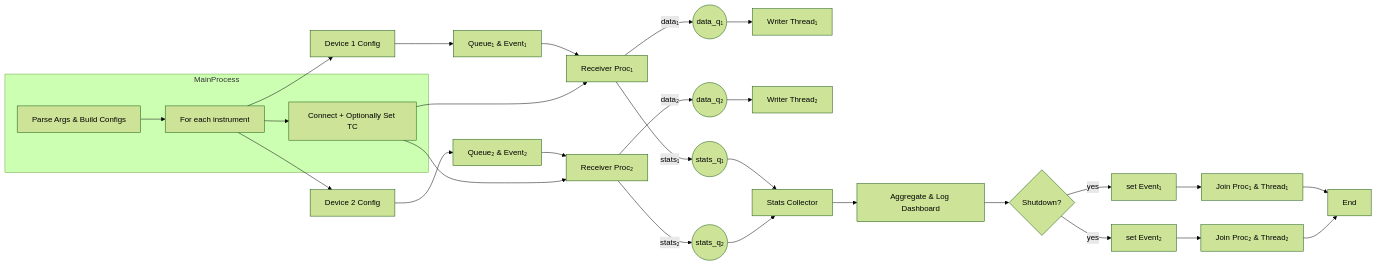
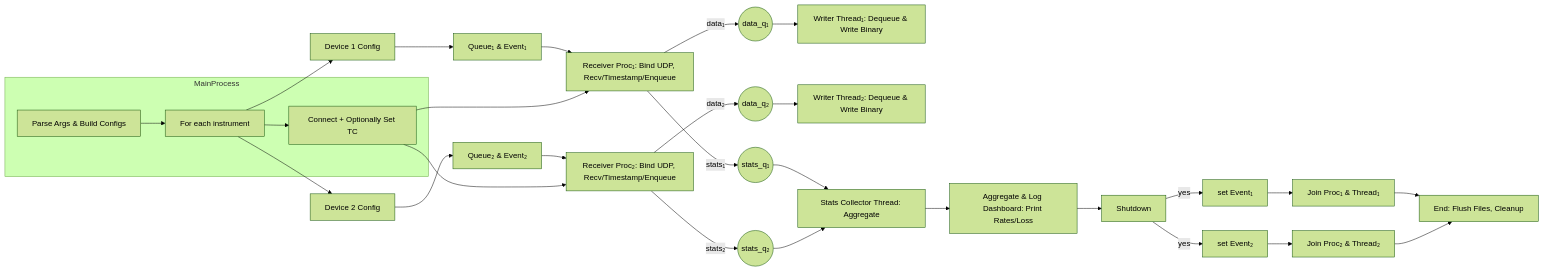
One commit to sudoNeo/lockinReader changed the third of 3 diagrams in README.md. Above: the diagram before and after it, drawn with Mermaid (forest theme).

````diff
--- a/README.md
+++ b/README.md
@@ -372,38 +372,38 @@
 ```mermaid 
 flowchart LR
     subgraph MainProcess
       A[Parse Args & Build Configs]
       B[For each instrument]
       C[Connect + Optionally Set TC]
     end
 
     B --> D1[Device 1 Config]
-    B --> D2[Device 2 Config]
+    B --> D2[Device 2 Config] 
 
     D1 --> E1[Queue₁ & Event₁]
     D2 --> E2[Queue₂ & Event₂]
 
-    E1 --> F1[Receiver Proc₁]
-    E2 --> F2[Receiver Proc₂]
+    E1 --> F1[Receiver Proc₁: Bind UDP, Recv/Timestamp/Enqueue]
+    E2 --> F2[Receiver Proc₂: Bind UDP, Recv/Timestamp/Enqueue]
 
-    F1 -->|data₁| G1((data_q₁)) --> H1[Writer Thread₁]
-    F2 -->|data₂| G2((data_q₂)) --> H2[Writer Thread₂]
+    F1 -->|data₁| G1((data_q₁)) --> H1[Writer Thread₁: Dequeue & Write Binary]
+    F2 -->|data₂| G2((data_q₂)) --> H2[Writer Thread₂: Dequeue & Write Binary]
 
-    F1 -->|stats₁| I1((stats_q₁)) --> J[Stats Collector]
+    F1 -->|stats₁| I1((stats_q₁)) --> J[Stats Collector Thread: Aggregate]
     F2 -->|stats₂| I2((stats_q₂)) --> J
 
-    J --> K[Aggregate & Log Dashboard]
+    J --> K[Aggregate & Log Dashboard: Print Rates/Loss]
 
     A --> B --> C
     C --> F1
-    C --> F2
+    C --> F2  
 
-    %% Shutdown
-    K --> L{Shutdown?}
+
+    K --> L[Shutdown]
     L -->|yes| M1[set Event₁]
     L -->|yes| M2[set Event₂]
     M1 --> N1[Join Proc₁ & Thread₁]
     M2 --> N2[Join Proc₂ & Thread₂]
-    N1 --> O[End]
+    N1 --> O[End: Flush Files, Cleanup]
     N2 --> O
 ```
````
